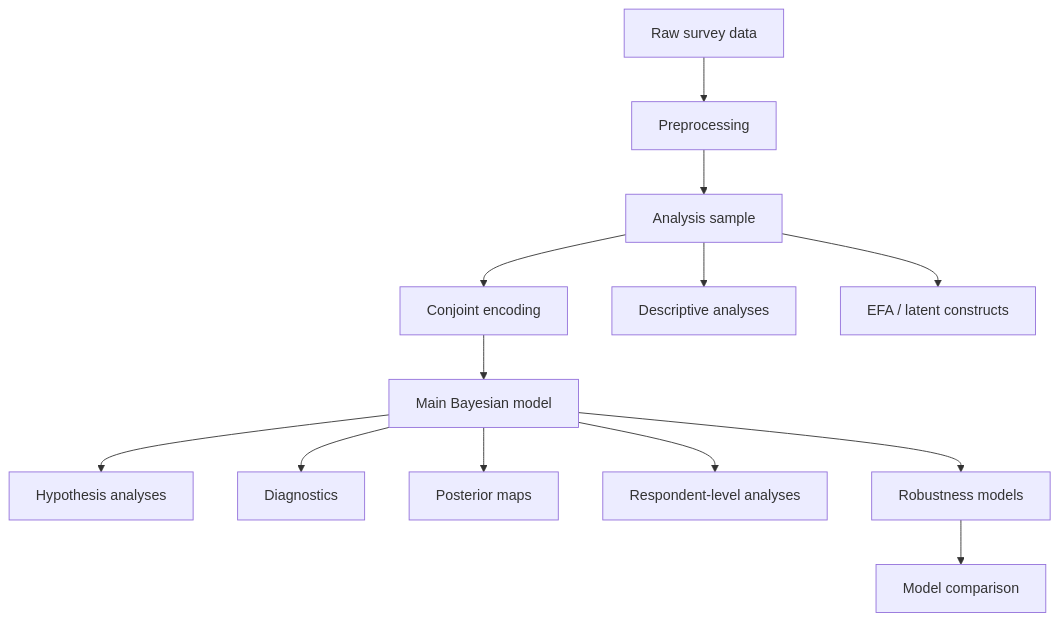
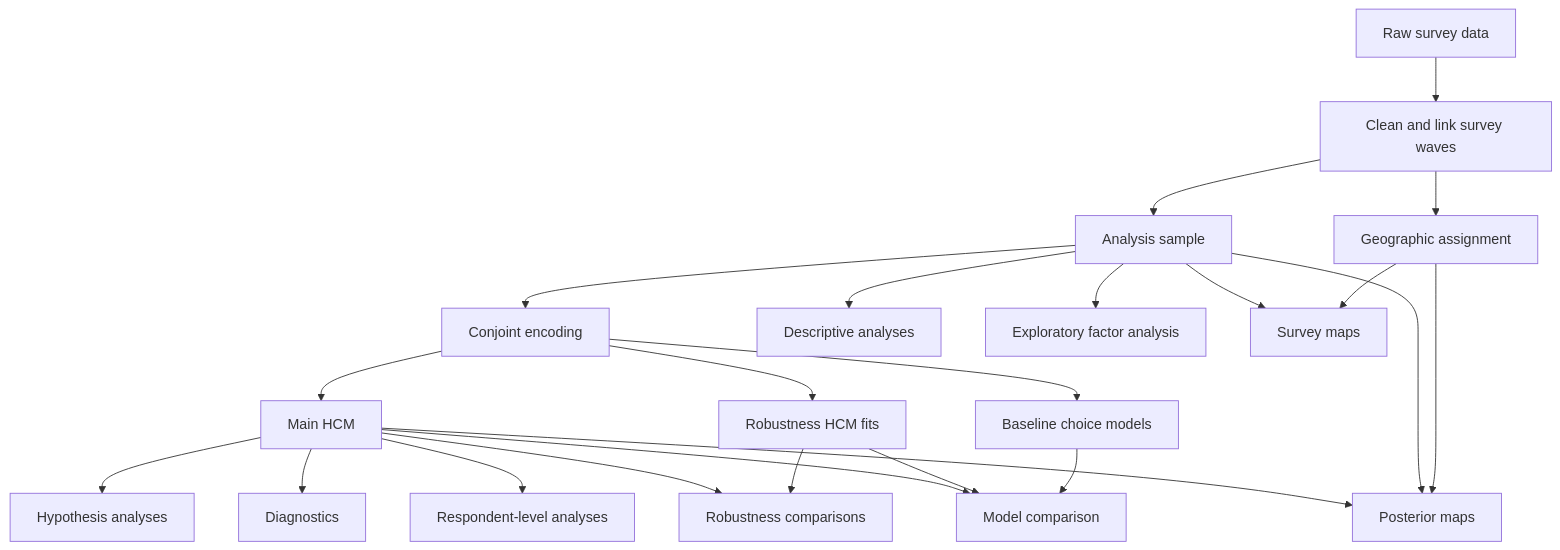
Before and after one commit to matalie/natural-hazard-conjoint-experiment: the diagram in README.md, drawn with Mermaid. The commit also changed other lines of this file and 3 other files, not shown here.

````diff
--- a/README.md
+++ b/README.md
@@ -164,19 +162,32 @@
 ```mermaid
 flowchart TD
-
-    A[Raw survey data] --> B[Preprocessing]
+    A[Raw survey data] --> B[Clean and link survey waves]
     B --> C[Analysis sample]
     C --> D[Conjoint encoding]
 
     C --> E[Descriptive analyses]
-    C --> F[EFA / latent constructs]
+    C --> F[Exploratory factor analysis]
 
-    D --> G[Main Bayesian model]
+    D --> G[Main HCM]
+    D --> R[Robustness HCM fits]
+    D --> Q[Baseline choice models]
 
     G --> H[Hypothesis analyses]
     G --> I[Diagnostics]
-    G --> J[Posterior maps]
     G --> K[Respondent-level analyses]
-    G --> L[Robustness models]
-    L --> M[Model comparison]
+
+    G --> S[Robustness comparisons]
+    R --> S
+
+    G --> M[Model comparison]
+    R --> M
+    Q --> M
+
+    B --> GEO[Geographic assignment]
+    C --> SM[Survey maps]
+    GEO --> SM
+
+    G --> PM[Posterior maps]
+    C --> PM
+    GEO --> PM
 ```
````
